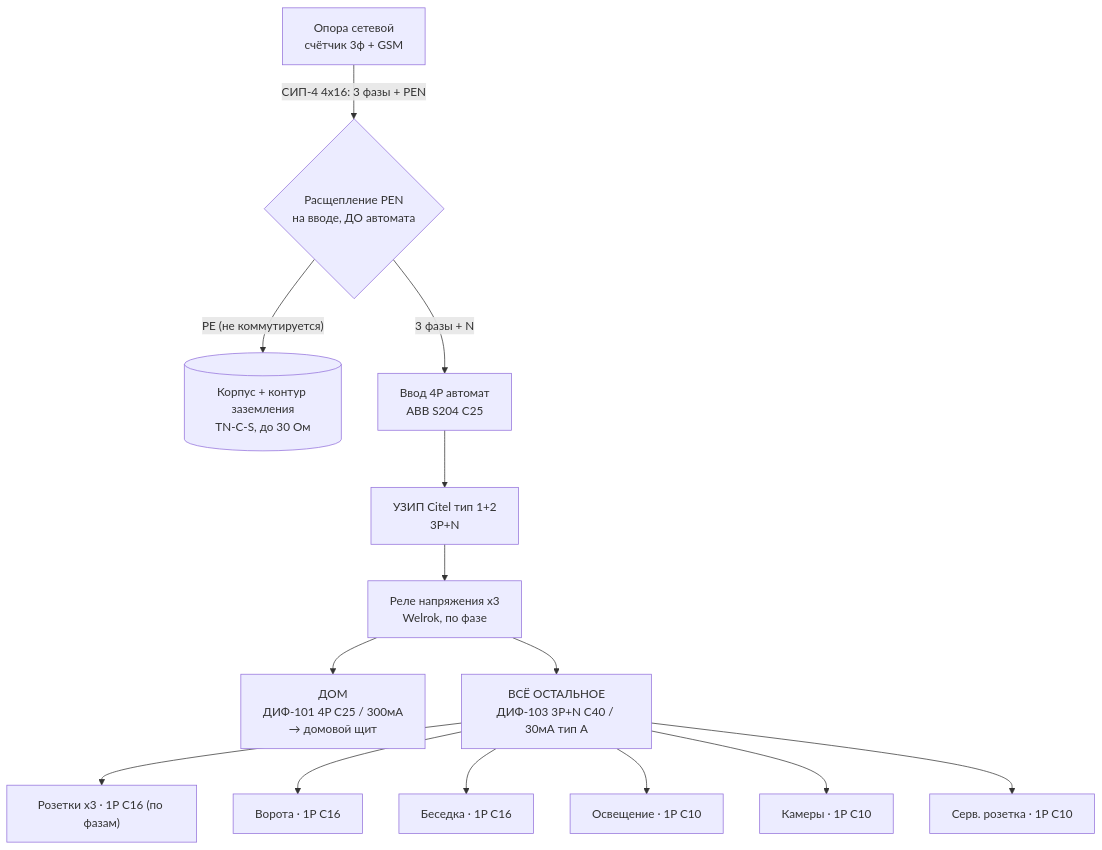
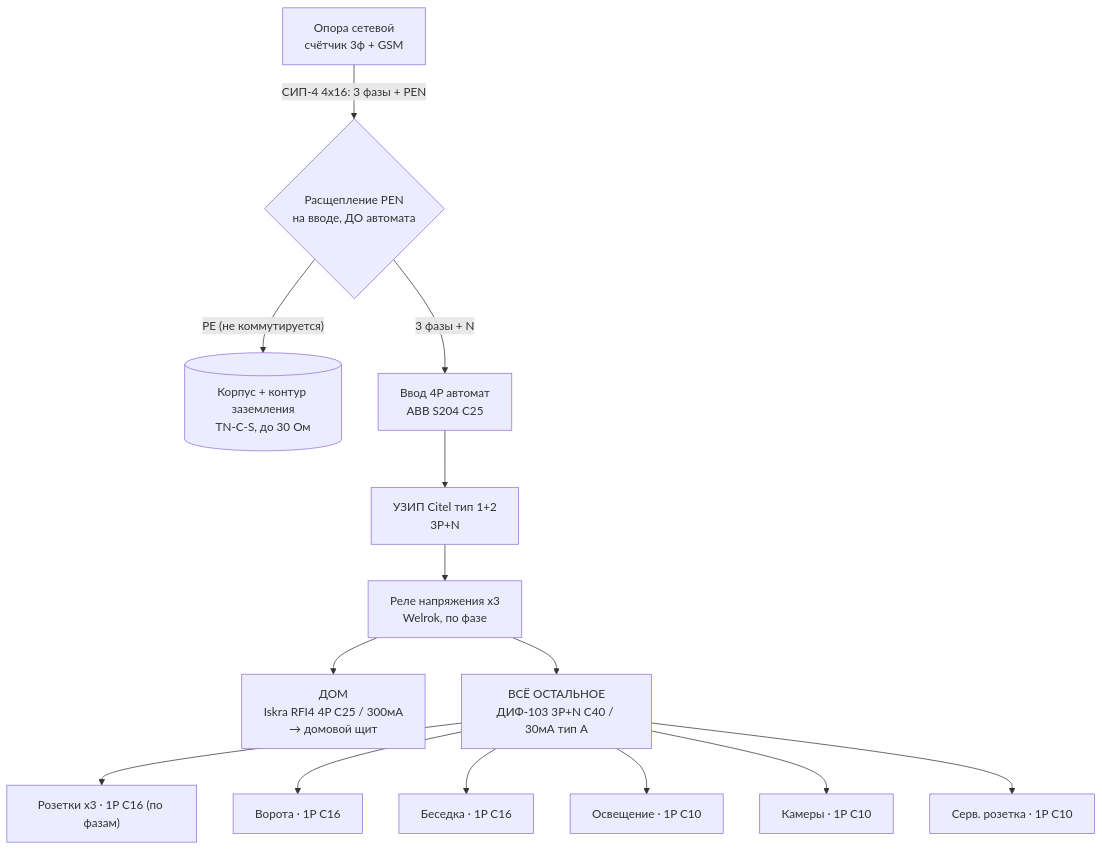
Before and after one commit to goofuck-tmb/build-a-house: the diagram in 07-schemas/electrics/panel.md, drawn with Mermaid. The commit also changed other lines of this file and 2 other files, not shown here.

First line of the commit message:
Траты: расходники трубостойки 4200; дом-диф → Iskra RFI4; контакты на главной

````diff
--- a/07-schemas/electrics/panel.md
+++ b/07-schemas/electrics/panel.md
@@ -71,16 +71,16 @@
 ```mermaid
 flowchart TD
   OP["Опора сетевой<br/>счётчик 3ф + GSM"] -->|"СИП-4 4x16: 3 фазы + PEN"| SP{"Расщепление PEN<br/>на вводе, ДО автомата"}
   SP -->|"PE (не коммутируется)"| GND[("Корпус + контур заземления<br/>TN-C-S, до 30 Ом")]
   SP -->|"3 фазы + N"| VV["Ввод 4P автомат<br/>ABB S204 C25"]
   VV --> UZIP["УЗИП Citel тип 1+2<br/>3P+N"]
   UZIP --> RN["Реле напряжения x3<br/>Welrok, по фазе"]
-  RN --> HOME["ДОМ<br/>ДИФ-101 4P C25 / 300мА<br/>→ домовой щит"]
+  RN --> HOME["ДОМ<br/>Iskra RFI4 4P C25 / 300мА<br/>→ домовой щит"]
   RN --> REST["ВСЁ ОСТАЛЬНОЕ<br/>ДИФ-103 3P+N C40 / 30мА тип A"]
   REST --> E1["Розетки x3 · 1P C16 (по фазам)"]
   REST --> E2["Ворота · 1P C16"]
   REST --> E3["Беседка · 1P C16"]
   REST --> E4["Освещение · 1P C10"]
   REST --> E5["Камеры · 1P C10"]
   REST --> E6["Серв. розетка · 1P C10"]
 ```
````
